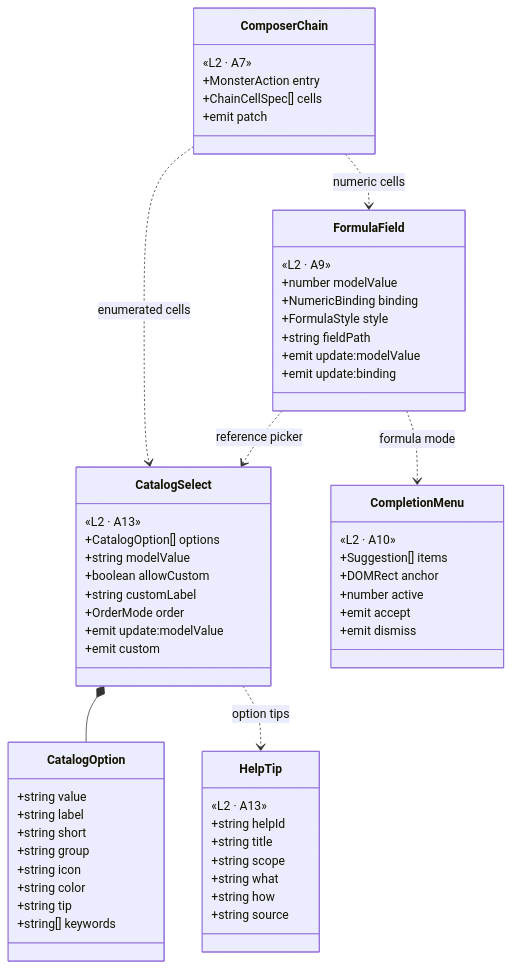
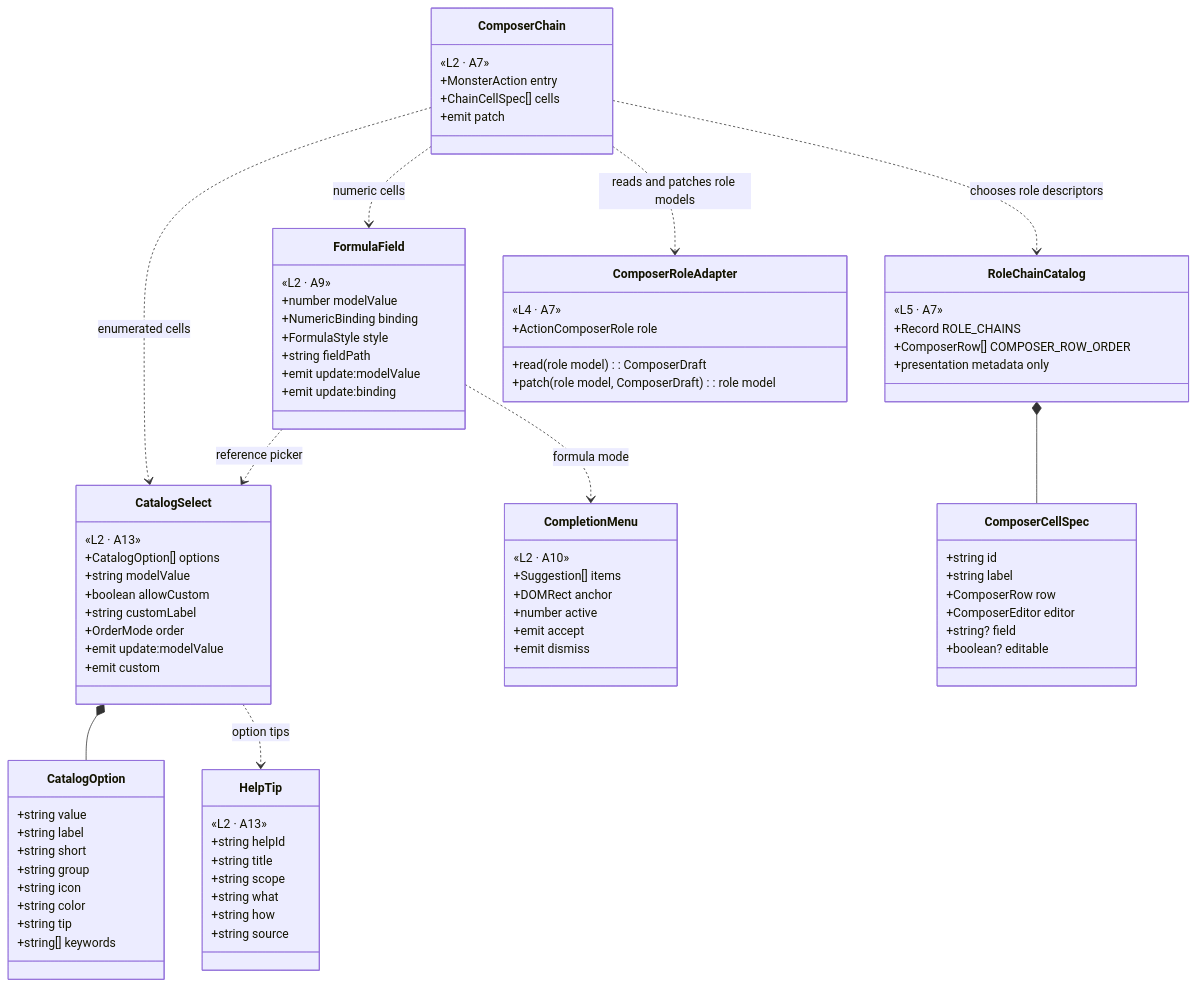
One commit to ivangarciafilho/DNDSheet changed diagram 12 of 31 in docs/roadmap/DNDSheet-Professional-Product-and-Architecture-Spec.md. Above: the diagram before and after it, drawn with Mermaid. The commit also changed other lines of this file and 2 other files, not shown here.

Commit message:
docs(roadmap): record build 139 role descriptors

````diff
--- a/docs/roadmap/DNDSheet-Professional-Product-and-Architecture-Spec.md
+++ b/docs/roadmap/DNDSheet-Professional-Product-and-Architecture-Spec.md
@@ -1095,10 +1095,33 @@
     +ChainCellSpec[] cells
     +emit patch
   }
+  class RoleChainCatalog {
+    «L5 · A7»
+    +Record<ActionComposerRole, ComposerCellSpec[]> ROLE_CHAINS
+    +ComposerRow[] COMPOSER_ROW_ORDER
+    +presentation metadata only
+  }
+  class ComposerCellSpec {
+    +string id
+    +string label
+    +ComposerRow row
+    +ComposerEditor editor
+    +string? field
+    +boolean? editable
+  }
+  class ComposerRoleAdapter {
+    «L4 · A7»
+    +ActionComposerRole role
+    +read(role model): ComposerDraft
+    +patch(role model, ComposerDraft): role model
+  }
   CatalogSelect *-- CatalogOption
   FormulaField ..> CatalogSelect : reference picker
   FormulaField ..> CompletionMenu : formula mode
   ComposerChain ..> FormulaField : numeric cells
   ComposerChain ..> CatalogSelect : enumerated cells
+  ComposerChain ..> RoleChainCatalog : chooses role descriptors
+  ComposerChain ..> ComposerRoleAdapter : reads and patches role models
+  RoleChainCatalog *-- ComposerCellSpec
   CatalogSelect ..> HelpTip : option tips
 ```
````
